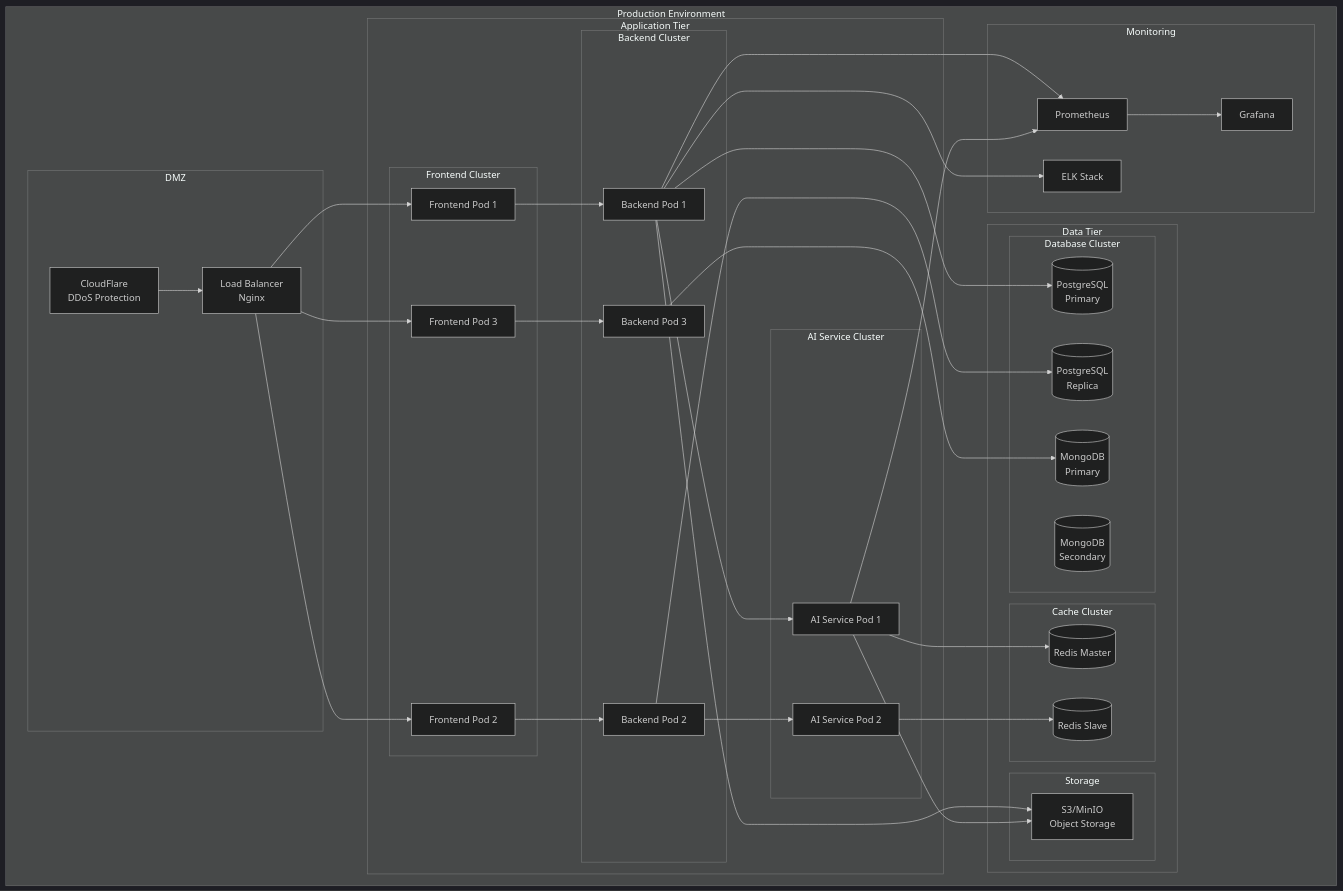
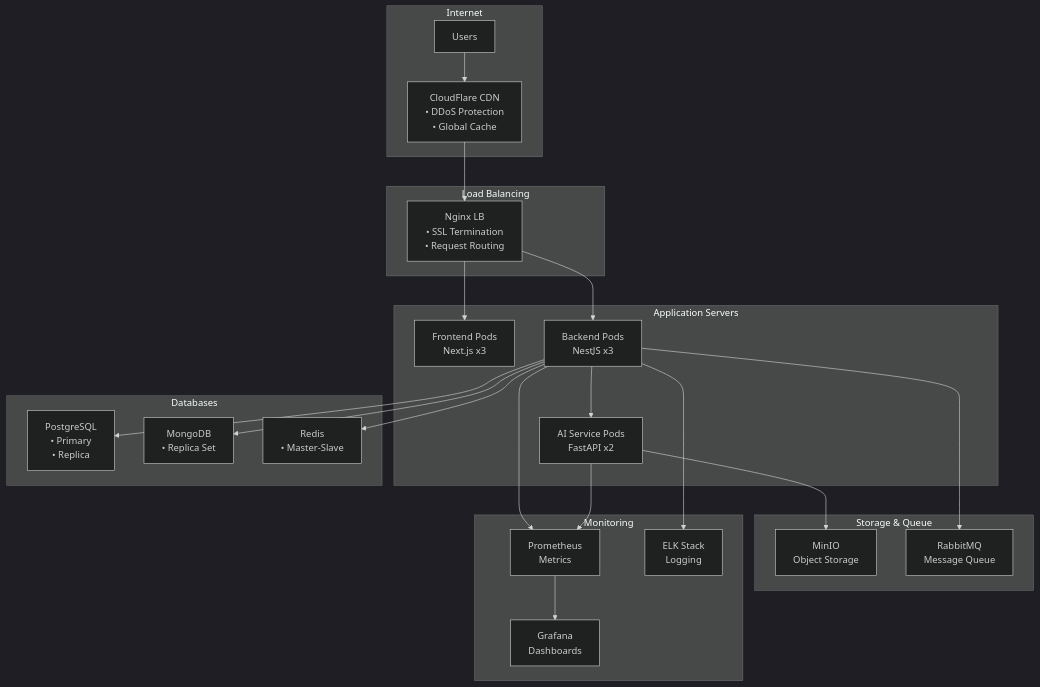
One commit to abdulrahman-riyad/Co-Learn changed the ninth of 12 diagrams in diagrams-and-docs/mvp-documentation.md. Above: the diagram before and after it, drawn with Mermaid (dark theme). The commit also changed other lines of this file and 31 other files, not shown here.

Commit message:
diagrams updated

````diff
--- a/diagrams-and-docs/mvp-documentation.md
+++ b/diagrams-and-docs/mvp-documentation.md
@@ -896,79 +545,52 @@
 ```mermaid
 graph TB
-    subgraph "Production Environment"
-        subgraph "DMZ"
-            CF[CloudFlare<br/>DDoS Protection]
-            LB[Load Balancer<br/>Nginx]
-        end
-        
-        subgraph "Application Tier"
-            subgraph "Frontend Cluster"
-                FE1[Frontend Pod 1]
-                FE2[Frontend Pod 2]
-                FE3[Frontend Pod 3]
-            end
-            
-            subgraph "Backend Cluster"
-                BE1[Backend Pod 1]
-                BE2[Backend Pod 2]
-                BE3[Backend Pod 3]
-            end
-            
-            subgraph "AI Service Cluster"
-                AI1[AI Service Pod 1]
-                AI2[AI Service Pod 2]
-            end
-        end
-        
-        subgraph "Data Tier"
-            subgraph "Database Cluster"
-                PG_Primary[(PostgreSQL<br/>Primary)]
-                PG_Replica[(PostgreSQL<br/>Replica)]
-                Mongo_Primary[(MongoDB<br/>Primary)]
-                Mongo_Secondary[(MongoDB<br/>Secondary)]
-            end
-            
-            subgraph "Cache Cluster"
-                Redis1[(Redis Master)]
-                Redis2[(Redis Slave)]
-            end
-            
-            subgraph "Storage"
-                S3[S3/MinIO<br/>Object Storage]
-            end
-        end
-        
-        subgraph "Monitoring"
-            Prom[Prometheus]
-            Graf[Grafana]
-            ELK[ELK Stack]
-        end
+    subgraph "Internet"
+        Users[Users]
+        CloudFlare[CloudFlare CDN<br/>• DDoS Protection<br/>• Global Cache]
     end
     
-    CF --> LB
-    LB --> FE1
-    LB --> FE2
-    LB --> FE3
+    subgraph "Load Balancing"
+        Nginx[Nginx LB<br/>• SSL Termination<br/>• Request Routing]
+    end
     
-    FE1 --> BE1
-    FE2 --> BE2
-    FE3 --> BE3
+    subgraph "Application Servers"
+        Frontend[Frontend Pods<br/>Next.js x3]
+        Backend[Backend Pods<br/>NestJS x3]
+        AIServices[AI Service Pods<br/>FastAPI x2]
+    end
     
-    BE1 --> AI1
-    BE2 --> AI2
+    subgraph "Databases"
+        PGCluster[PostgreSQL<br/>• Primary<br/>• Replica]
+        MongoCluster[MongoDB<br/>• Replica Set]
+        RedisCluster[Redis<br/>• Master-Slave]
+    end
     
-    BE1 --> PG_Primary
-    BE2 --> PG_Replica
-    BE3 --> Mongo_Primary
+    subgraph "Storage & Queue"
+        MinIO[MinIO<br/>Object Storage]
+        RabbitMQ[RabbitMQ<br/>Message Queue]
+    end
     
-    AI1 --> Redis1
-    AI2 --> Redis2
+    subgraph "Monitoring"
+        Prometheus[Prometheus<br/>Metrics]
+        Grafana[Grafana<br/>Dashboards]
+        Logs[ELK Stack<br/>Logging]
+    end
     
-    BE1 --> S3
-    AI1 --> S3
+    Users --> CloudFlare
+    CloudFlare --> Nginx
+    Nginx --> Frontend
+    Nginx --> Backend
+    Backend --> AIServices
     
-    BE1 --> Prom
-    AI1 --> Prom
-    Prom --> Graf
-    BE1 --> ELK
+    Backend --> PGCluster
+    Backend --> MongoCluster
+    Backend --> RedisCluster
+    
+    AIServices --> MinIO
+    Backend --> RabbitMQ
+    
+    Backend --> Prometheus
+    AIServices --> Prometheus
+    Prometheus --> Grafana
+    Backend --> Logs
 ```
````
